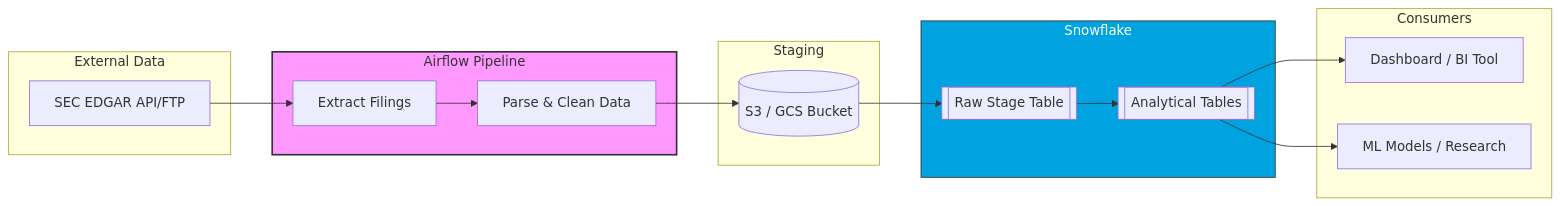
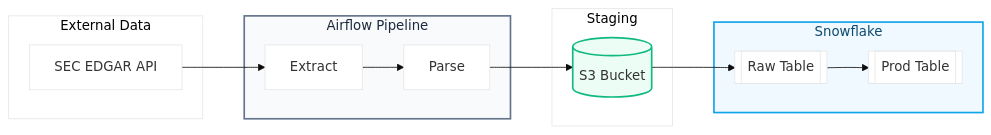
One commit to c4ssio/airflow_dfv changed the diagram in mermaid.md. Above: the diagram before and after it, drawn with Mermaid.

````diff
--- a/mermaid.md
+++ b/mermaid.md
@@ -1,38 +1,32 @@
 ```mermaid
-    graph LR
+    %%{init: {'theme': 'base', 'themeVariables': { 'primaryColor': '#ffffff', 'edgeColor': '#666666' }}}%%
+graph LR
     subgraph External_Sources [External Data]
-        SEC[SEC EDGAR API/FTP]
+        SEC[SEC EDGAR API]
     end
 
     subgraph Airflow_Orchestration [Airflow Pipeline]
-        Extract[Extract Filings]
-        Parse[Parse & Clean Data]
+        Extract[Extract]
+        Parse[Parse]
     end
 
     subgraph Cloud_Storage [Staging]
-        S3[(S3 / GCS Bucket)]
+        S3[(S3 Bucket)]
     end
 
     subgraph Data_Warehouse [Snowflake]
-        RAW_TBL[[Raw Stage Table]]
-        PROD_TBL[[Analytical Tables]]
+        RAW_TBL[[Raw Table]]
+        PROD_TBL[[Prod Table]]
     end
 
-    subgraph Downstream [Consumers]
-        BI[Dashboard / BI Tool]
-        ML[ML Models / Research]
-    end
-
-    %% Flow Connections
     SEC --> Extract
     Extract --> Parse
     Parse --> S3
     S3 --> RAW_TBL
     RAW_TBL --> PROD_TBL
-    PROD_TBL --> BI
-    PROD_TBL --> ML
 
-    %% Styling
-    style Airflow_Orchestration fill:#f9f,stroke:#333,stroke-width:2px
-    style Data_Warehouse fill:#00a3e0,color:#fff,stroke:#333
+    %% Custom Modern Styling
+    style Airflow_Orchestration fill:#f8fafc,stroke:#64748b,stroke-width:2px,color:#1e293b
+    style Data_Warehouse fill:#f0f9ff,stroke:#0ea5e9,stroke-width:2px,color:#0c4a6e
+    style S3 fill:#ecfdf5,stroke:#10b981,stroke-width:2px
 ```
````
